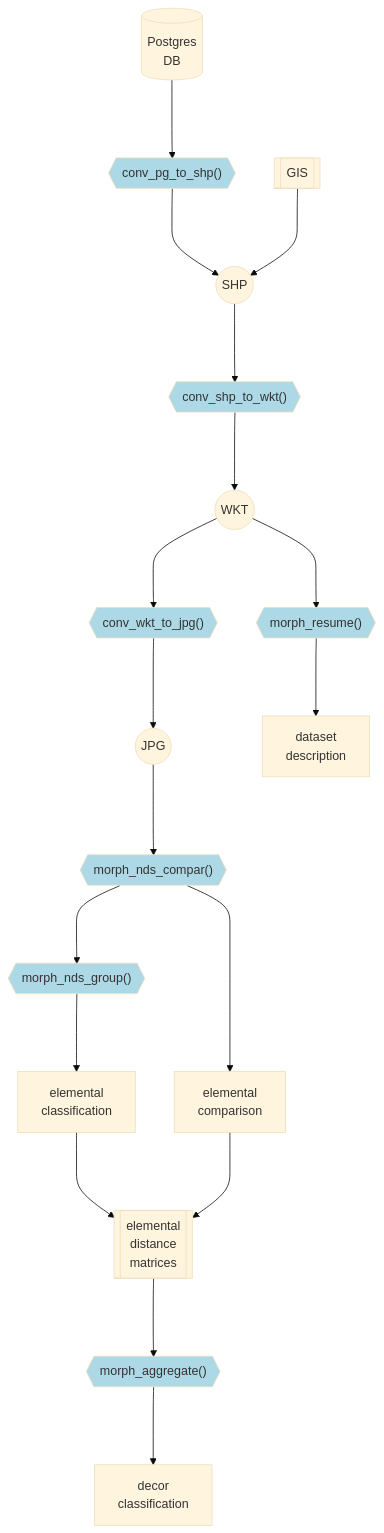
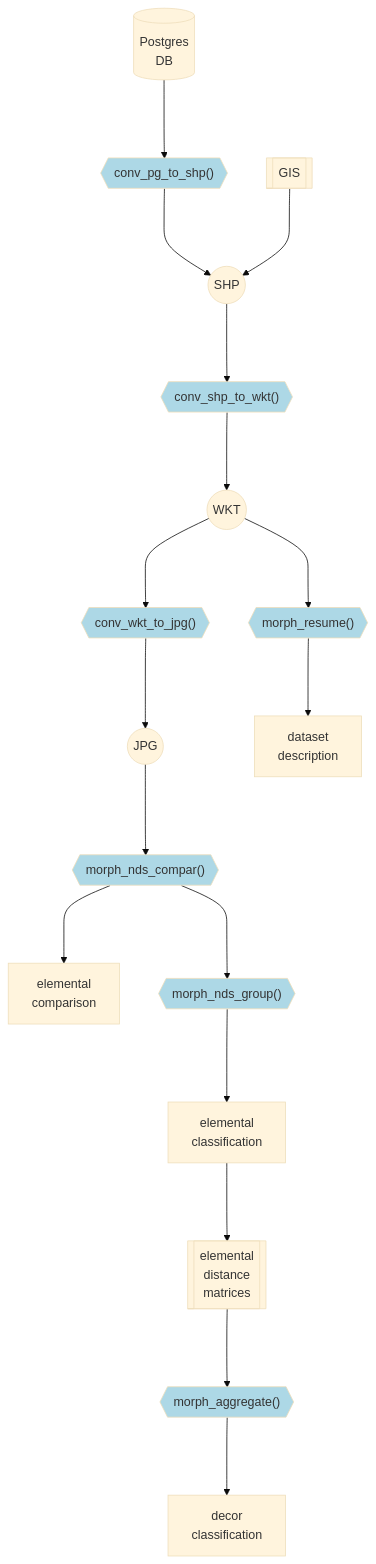
Before and after one commit to zoometh/iconr: the diagram in README.md, drawn with Mermaid (base theme).

Commit message:
flowchart mermaids

````diff
--- a/README.md
+++ b/README.md
@@ -144,20 +144,20 @@
 ```mermaid
 flowchart TD
     A[(Postgres<br>DB)] ---> B{{"conv_pg_to_shp()"}}:::iconRpkg;
     B ---> C((SHP));
     Q[[GIS]] ---> C;
     C ---> D{{"conv_shp_to_wkt()"}}:::iconRpkg;
     D ---> E((WKT));
     E ---> F{{"conv_wkt_to_jpg()"}}:::iconRpkg;
     F ---> G((JPG));
     G ---> J{{"morph_nds_compar()"}}:::iconRpkg;
     J ---> K[elemental<br>comparison];
     J ---> H{{"morph_nds_group()"}}:::iconRpkg;
     H ---> I[elemental<br>classification];
     E ---> L{{"morph_resume()"}}:::iconRpkg;
     L ---> P[dataset<br>description];
-    I & K ---> M[[elemental<br>distance<br>matrices]];
+    I ---> M[[elemental<br>distance<br>matrices]];
     M ---> N{{"morph_aggregate()"}}:::iconRpkg;
     N ---> O[decor<br>classification];
     classDef iconRpkg fill:#add8e6;
 ```
````
